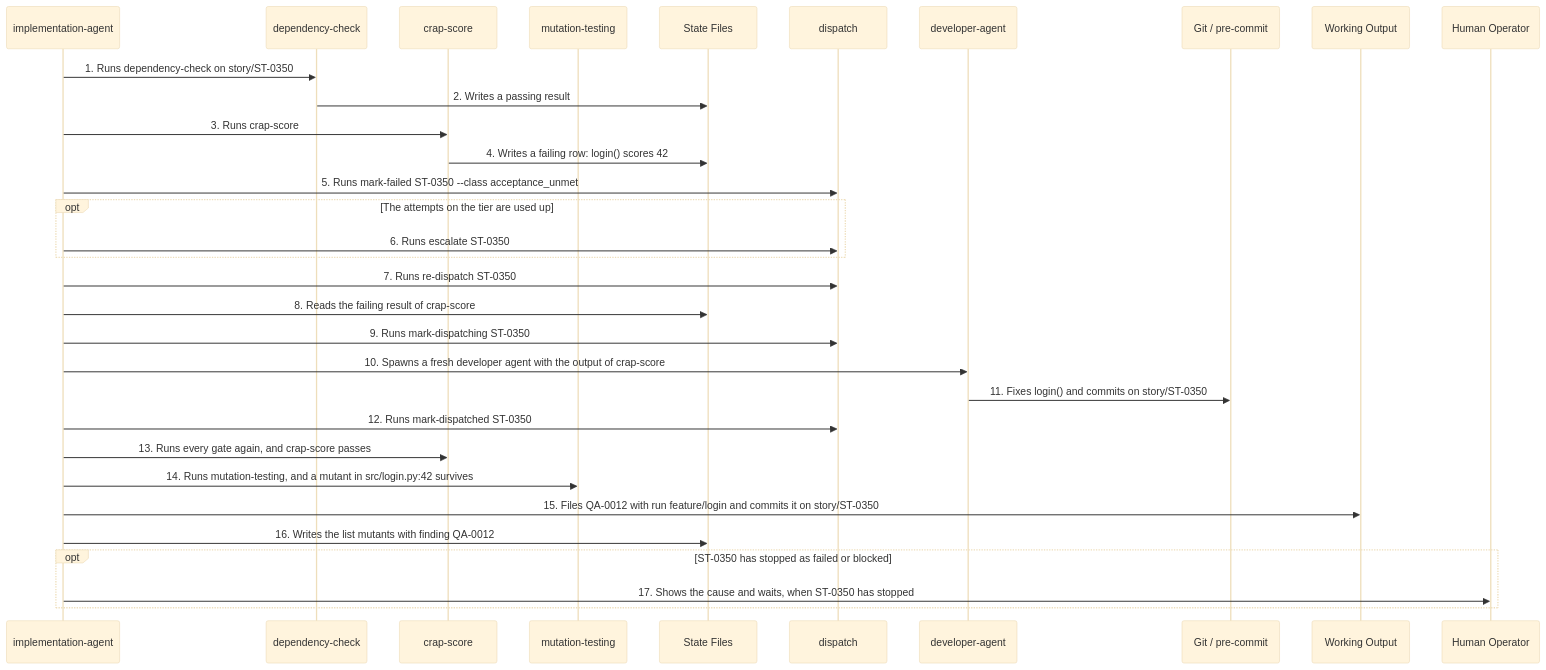
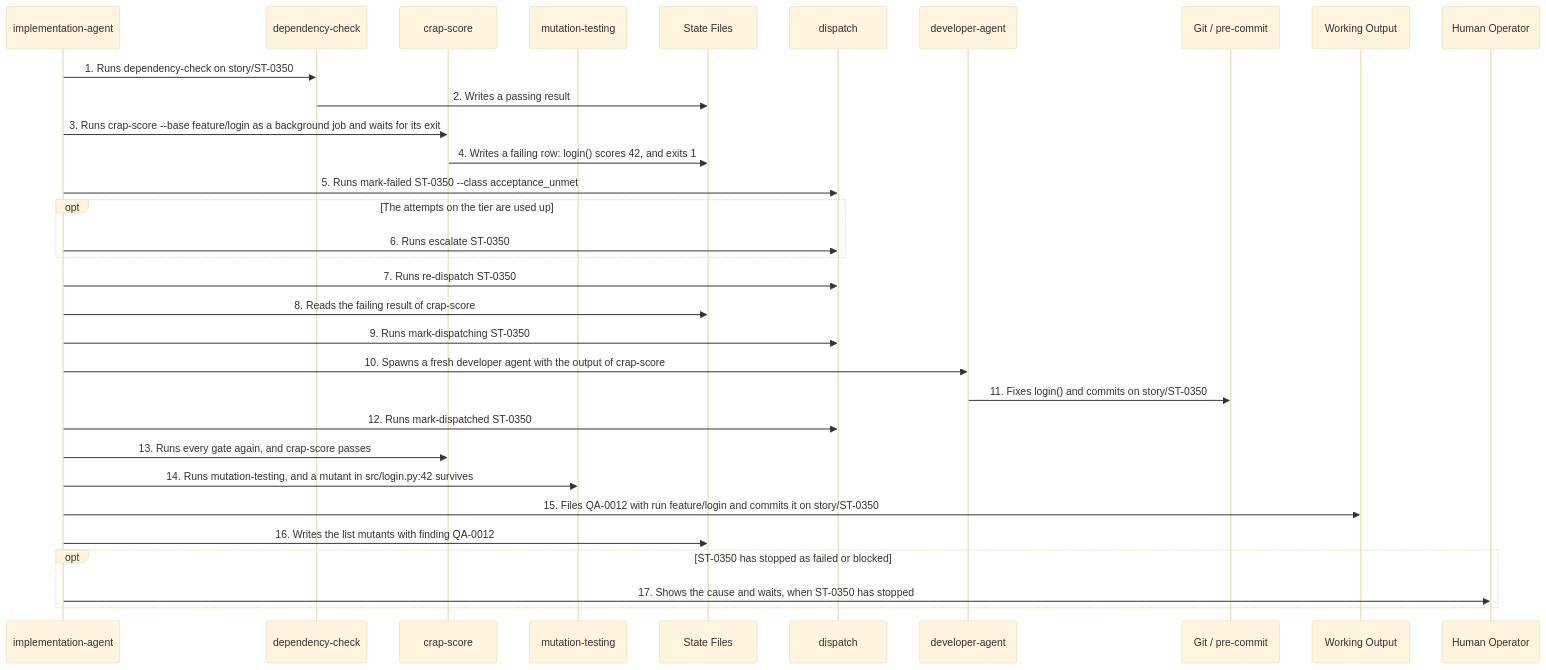
One commit to matthiasdaues/agent_factory changed the fifth of 36 diagrams in docs/arc42/06_runtime_view.md. Above: the diagram before and after it, drawn with Mermaid (base theme). The commit also changed other lines of this file and 97 other files, not shown here.

First line of the commit message:
docs: specify and architect the CRAP gate setup

````diff
--- a/docs/arc42/06_runtime_view.md
+++ b/docs/arc42/06_runtime_view.md
@@ -125,35 +125,35 @@
 ```mermaid
 sequenceDiagram
     participant IA as implementation-agent
     participant DC as dependency-check
     participant CS as crap-score
     participant MT as mutation-testing
     participant SF as State Files
     participant D as dispatch
     participant DA as developer-agent
     participant G as Git / pre-commit
     participant WO as Working Output
     participant U as Human Operator
 
     IA->>DC: 1. Runs dependency-check on story/ST-0350
     DC->>SF: 2. Writes a passing result
-    IA->>CS: 3. Runs crap-score
-    CS->>SF: 4. Writes a failing row: login() scores 42
+    IA->>CS: 3. Runs crap-score --base feature/login as a background job and waits for its exit
+    CS->>SF: 4. Writes a failing row: login() scores 42, and exits 1
     IA->>D: 5. Runs mark-failed ST-0350 --class acceptance_unmet
     opt The attempts on the tier are used up
         IA->>D: 6. Runs escalate ST-0350
     end
     IA->>D: 7. Runs re-dispatch ST-0350
     IA->>SF: 8. Reads the failing result of crap-score
     IA->>D: 9. Runs mark-dispatching ST-0350
     IA->>DA: 10. Spawns a fresh developer agent with the output of crap-score
     DA->>G: 11. Fixes login() and commits on story/ST-0350
     IA->>D: 12. Runs mark-dispatched ST-0350
     IA->>CS: 13. Runs every gate again, and crap-score passes
     IA->>MT: 14. Runs mutation-testing, and a mutant in src/login.py:42 survives
     IA->>WO: 15. Files QA-0012 with run feature/login and commits it on story/ST-0350
     IA->>SF: 16. Writes the list mutants with finding QA-0012
     opt ST-0350 has stopped as failed or blocked
         IA->>U: 17. Shows the cause and waits, when ST-0350 has stopped
     end
 ```
````
